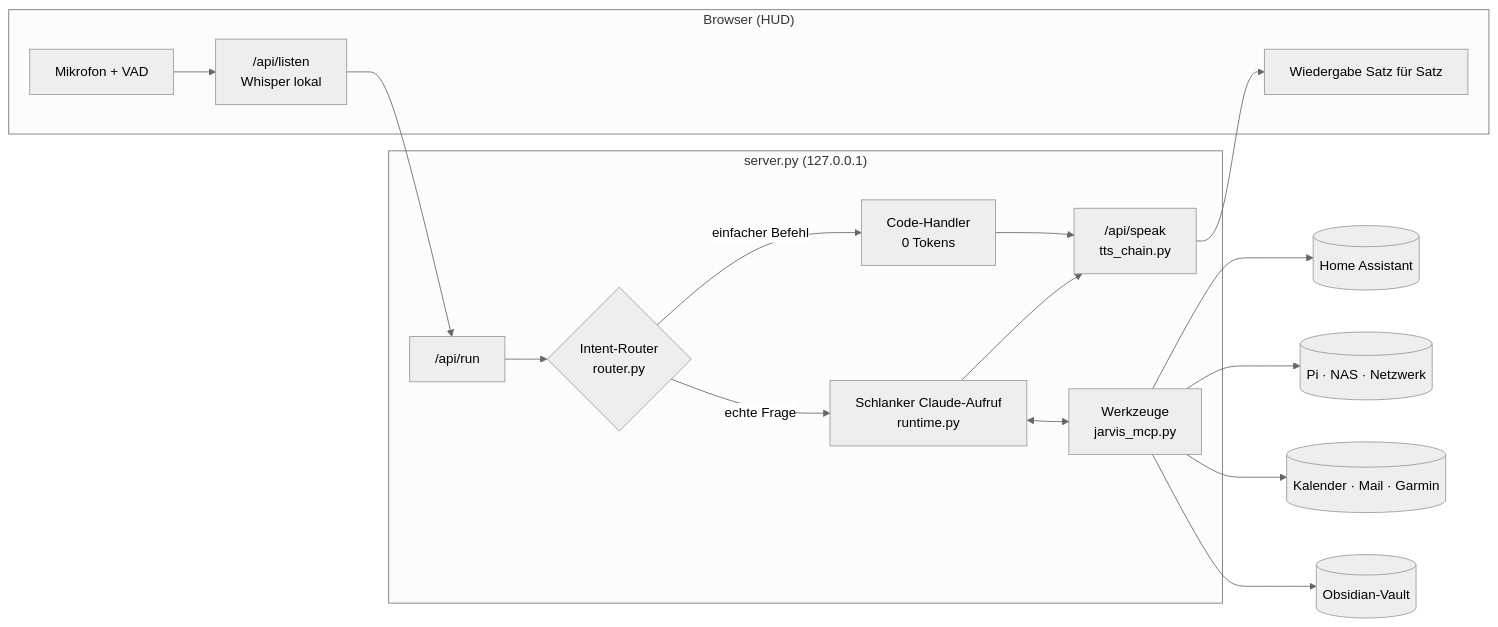
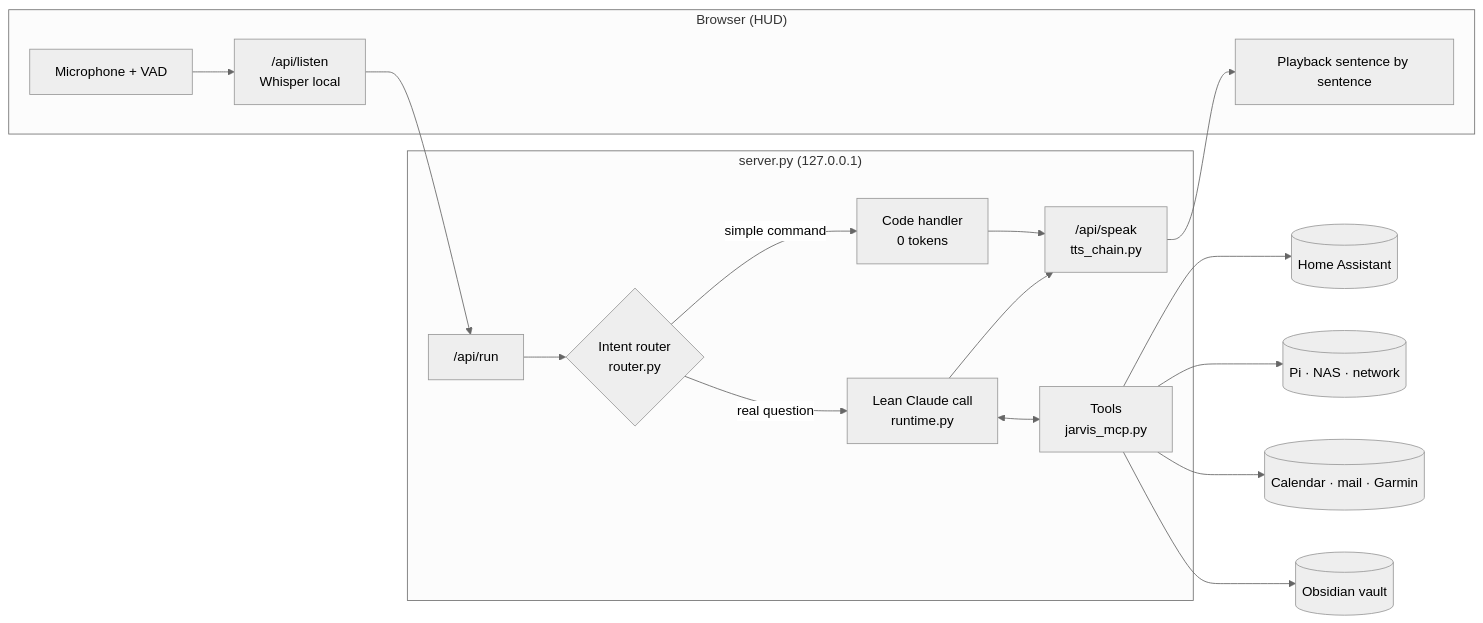
One commit to Zedas030/jarvis-hud changed the diagram in README.md. Above: the diagram before and after it, drawn with Mermaid (neutral theme). The commit also changed other lines of this file and 213 other files, not shown here.

````diff
--- a/README.md
+++ b/README.md
@@ -169,22 +195,22 @@
 ```mermaid
 flowchart LR
     subgraph Browser["Browser (HUD)"]
-        MIC[Mikrofon + VAD] --> STT
-        SPK[Wiedergabe Satz für Satz]
+        MIC[Microphone + VAD] --> STT
+        SPK[Playback sentence by sentence]
     end
     subgraph Server["server.py (127.0.0.1)"]
-        STT["/api/listen<br/>Whisper lokal"] --> RUN["/api/run"]
-        RUN --> R{"Intent-Router<br/>router.py"}
-        R -->|einfacher Befehl| LOCAL[Code-Handler<br/>0 Tokens]
-        R -->|echte Frage| LEAN["Schlanker Claude-Aufruf<br/>runtime.py"]
-        LEAN <--> MCP["Werkzeuge<br/>jarvis_mcp.py"]
+        STT["/api/listen<br/>Whisper local"] --> RUN["/api/run"]
+        RUN --> R{"Intent router<br/>router.py"}
+        R -->|simple command| LOCAL[Code handler<br/>0 tokens]
+        R -->|real question| LEAN["Lean Claude call<br/>runtime.py"]
+        LEAN <--> MCP["Tools<br/>jarvis_mcp.py"]
         SPEAK["/api/speak<br/>tts_chain.py"]
     end
     MCP --> HA[(Home Assistant)]
-    MCP --> NET[(Pi · NAS · Netzwerk)]
-    MCP --> PIM[(Kalender · Mail · Garmin)]
-    MCP --> VAULT[(Obsidian-Vault)]
+    MCP --> NET[(Pi · NAS · network)]
+    MCP --> PIM[(Calendar · mail · Garmin)]
+    MCP --> VAULT[(Obsidian vault)]
     LOCAL --> SPEAK
     LEAN --> SPEAK
     SPEAK --> SPK
 ```
````
